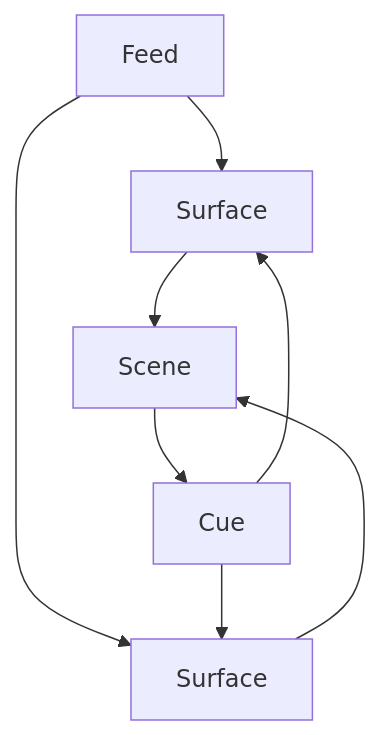
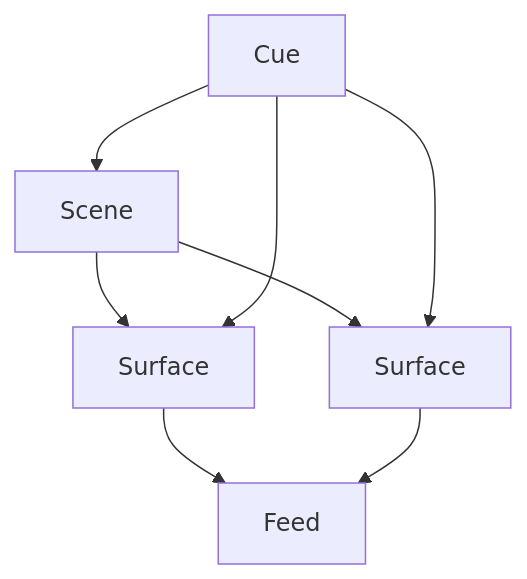
One commit to aweijnitz/basic-video-mapper changed the diagram in README.md. Above: the diagram before and after it, drawn with Mermaid. The commit also changed other lines of this file and 1 other file, not shown here.

Commit message:
Update docs for core serialization and validation (#6)

````diff
--- a/README.md
+++ b/README.md
@@ -53,16 +60,16 @@
 ```mermaid
 graph TD
   Feed1[Feed]
   Surface1[Surface]
   Surface2[Surface]
   Scene1[Scene]
   Cue1[Cue]
 
-  Feed1 --> Surface1
-  Feed1 --> Surface2
-  Surface1 --> Scene1
-  Surface2 --> Scene1
-  Scene1 --> Cue1
+  Surface1 --> Feed1
+  Surface2 --> Feed1
+  Scene1 --> Surface1
+  Scene1 --> Surface2
+  Cue1 --> Scene1
   Cue1 --> Surface1
   Cue1 --> Surface2
 ```
````
